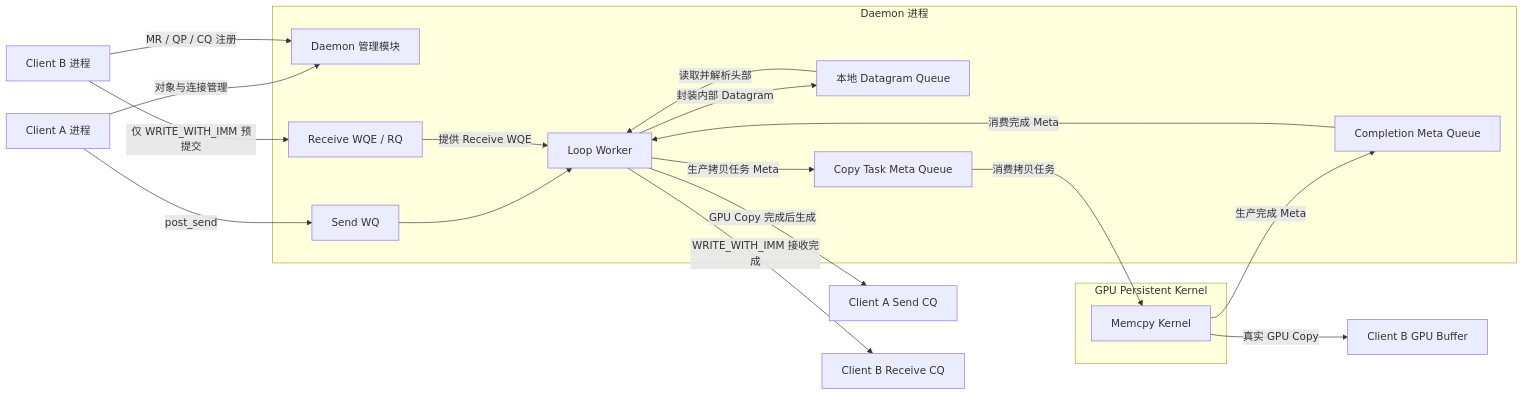
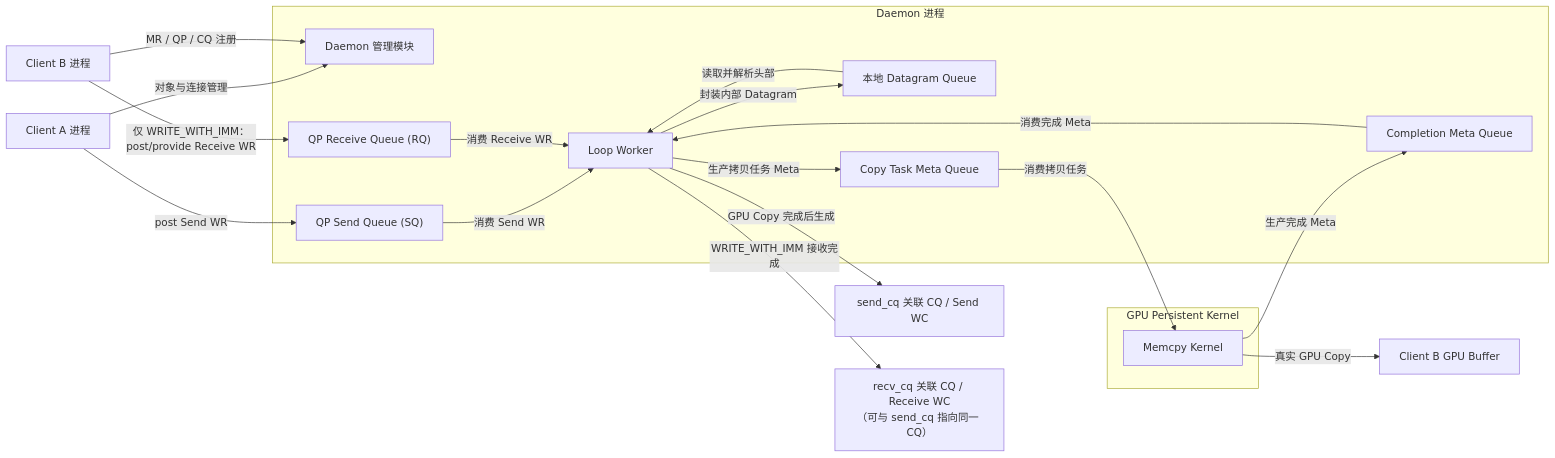
One commit to xuOAO/ugdr changed the first of 2 diagrams in docs/v1_docs/UGDR_v1_版本文档.md. Above: the diagram before and after it, drawn with Mermaid. The commit also changed other lines of this file and 1 other file, not shown here.

````diff
--- a/docs/v1_docs/UGDR_v1_版本文档.md
+++ b/docs/v1_docs/UGDR_v1_版本文档.md
@@ -85,31 +85,31 @@
 ```mermaid
 flowchart LR
     A[Client A 进程] -->|对象与连接管理| M
     B[Client B 进程] -->|MR / QP / CQ 注册| M
-    A -->|post_send| WQ[Send WQ]
-    B -->|仅 WRITE_WITH_IMM 预提交| RQ[Receive WQE / RQ]
+    A -->|post Send WR| SQ["QP Send Queue (SQ)"]
+    B -->|仅 WRITE_WITH_IMM：post/provide Receive WR| RQ["QP Receive Queue (RQ)"]
 
     subgraph D[Daemon 进程]
         M[Daemon 管理模块]
         L[Loop Worker]
         Q[本地 Datagram Queue]
         TQ[Copy Task Meta Queue]
         MQ[Completion Meta Queue]
-        WQ --> L
-        RQ -->|提供 Receive WQE| L
+        SQ -->|消费 Send WR| L
+        RQ -->|消费 Receive WR| L
         L -->|封装内部 Datagram| Q
         Q -->|读取并解析头部| L
         L -->|生产拷贝任务 Meta| TQ
         MQ -->|消费完成 Meta| L
     end
 
     subgraph GK[GPU Persistent Kernel]
         K[Memcpy Kernel]
     end
 
     TQ -->|消费拷贝任务| K
     K -->|真实 GPU Copy| GB[Client B GPU Buffer]
     K -->|生产完成 Meta| MQ
-    L -->|GPU Copy 完成后生成| SCQ[Client A Send CQ]
-    L -->|WRITE_WITH_IMM 接收完成| RCQ[Client B Receive CQ]
+    L -->|GPU Copy 完成后生成| SCQ["send_cq 关联 CQ / Send WC"]
+    L -->|WRITE_WITH_IMM 接收完成| RCQ["recv_cq 关联 CQ / Receive WC<br/>（可与 send_cq 指向同一 CQ）"]
 ```
````
